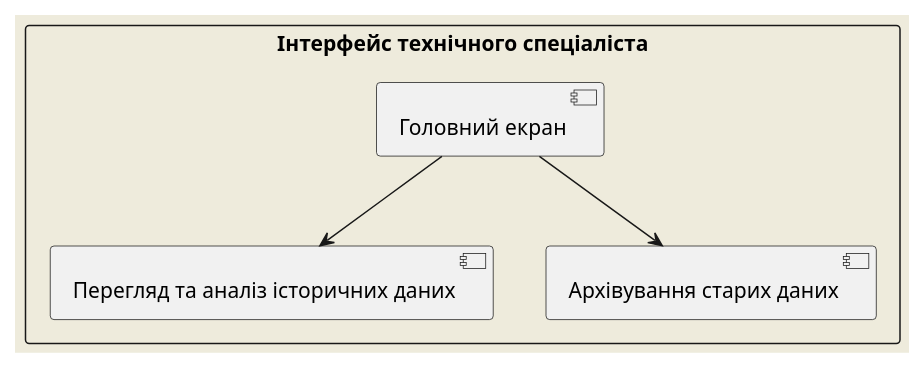
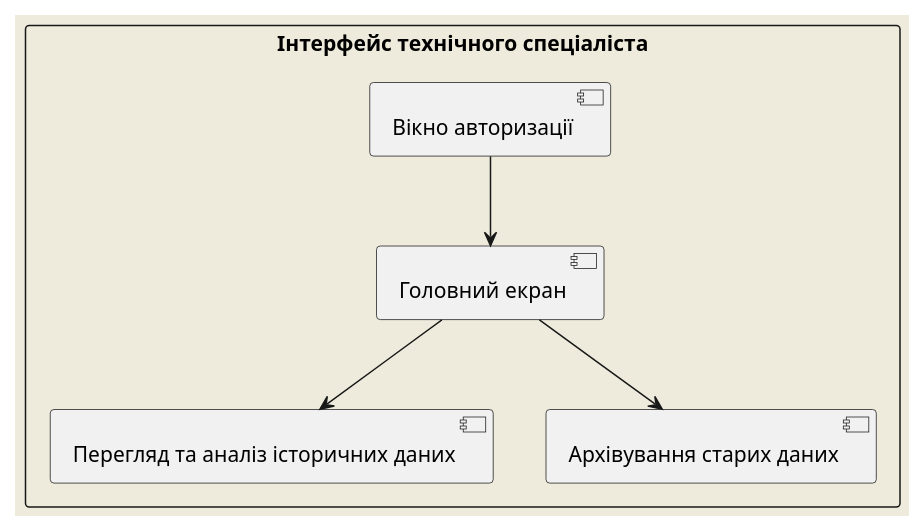
Before and after one commit to olgasolovei/kozakandriy_20224: the third of 3 diagrams in 3-RequirementsValidation/3.3-Prototypes/README.md, drawn with PlantUML. The commit also changed other lines of this file, not shown here.

````diff
--- a/3-RequirementsValidation/3.3-Prototypes/README.md
+++ b/3-RequirementsValidation/3.3-Prototypes/README.md
@@ -31,12 +33,13 @@
 ```plantuml
 @startuml
 skinparam backgroundColor #EEEBDC
 
 rectangle "Інтерфейс технічного спеціаліста" {
+    [Вікно авторизації] --> [Головний екран]
     [Головний екран] --> [Перегляд та аналіз історичних даних]
     [Головний екран] --> [Архівування старих даних]
 }
 
 @enduml
 
 ```
````
